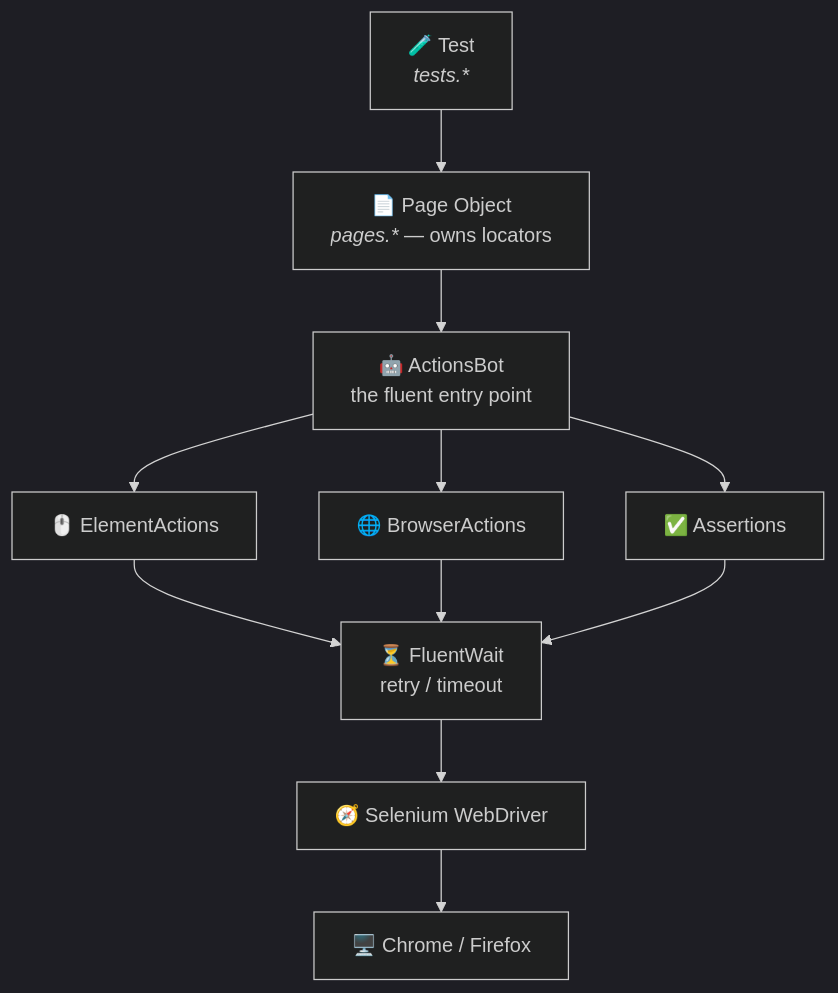
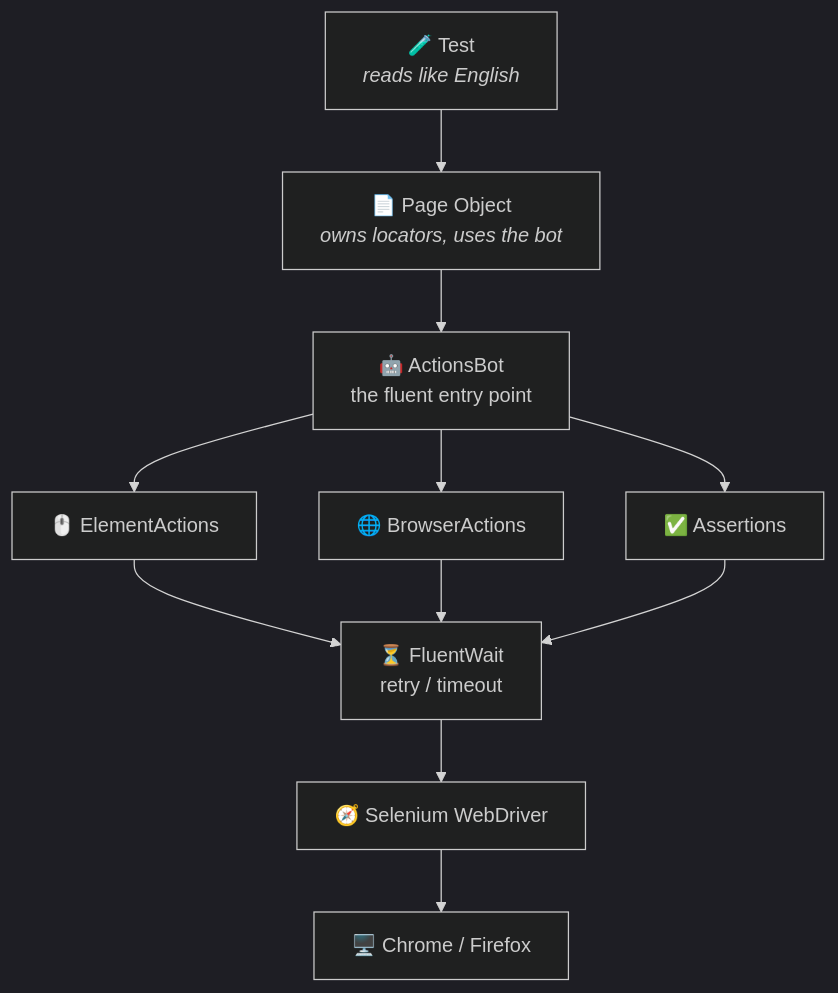
Before and after one commit to MEltayar/testAutomation: the first of 2 diagrams in README.md, drawn with Mermaid (dark theme). The commit also changed other lines of this file, not shown here.

Commit message:
README: fix framing (tests read as English; bot lives in pages)

````diff
--- a/README.md
+++ b/README.md
@@ -37,13 +38,13 @@
 ```mermaid
 flowchart TD
-    Test["🧪 Test<br/><i>tests.*</i>"] --> Page["📄 Page Object<br/><i>pages.*</i> — owns locators"]
+    Test["🧪 Test<br/><i>reads like English</i>"] --> Page["📄 Page Object<br/><i>owns locators, uses the bot</i>"]
     Page --> Bot["🤖 ActionsBot<br/>the fluent entry point"]
     Bot --> EA["🖱️ ElementActions"]
     Bot --> BA["🌐 BrowserActions"]
     Bot --> AS["✅ Assertions"]
     EA --> Wait["⏳ FluentWait<br/>retry / timeout"]
     BA --> Wait
     AS --> Wait
     Wait --> WD["🧭 Selenium WebDriver"]
     WD --> Browser["🖥️ Chrome / Firefox"]
 ```
````
